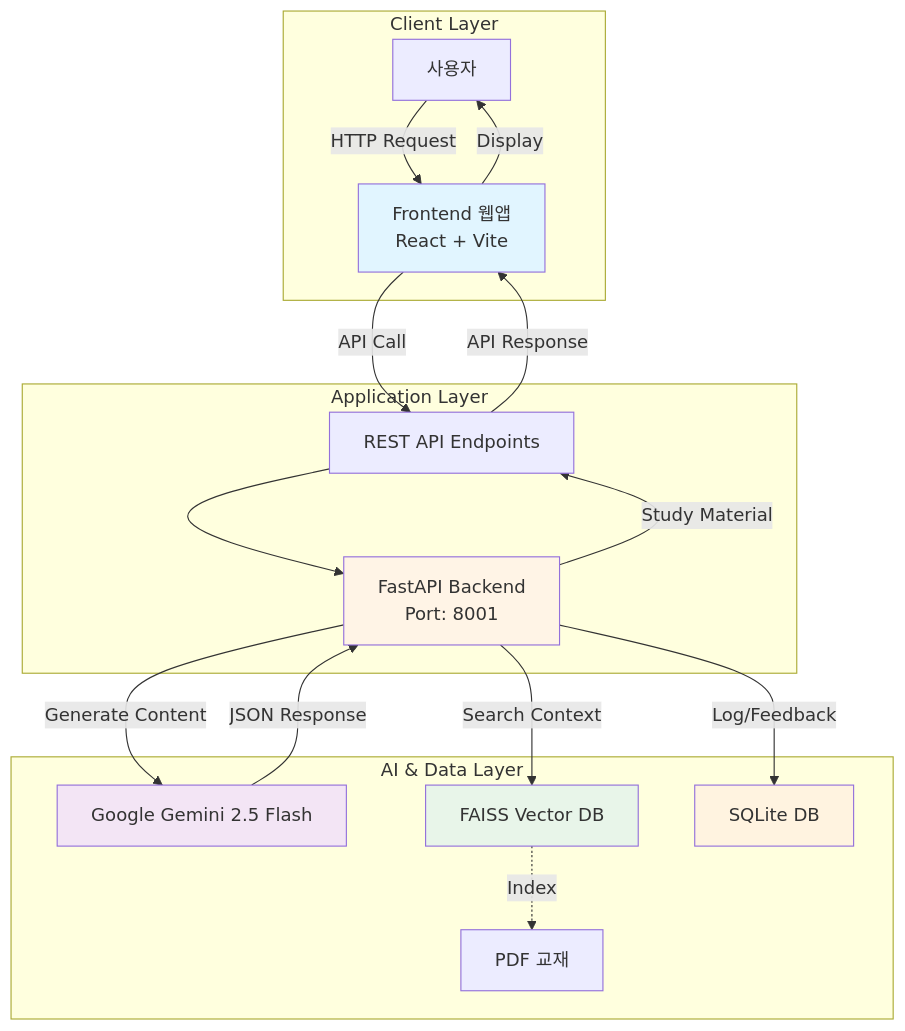
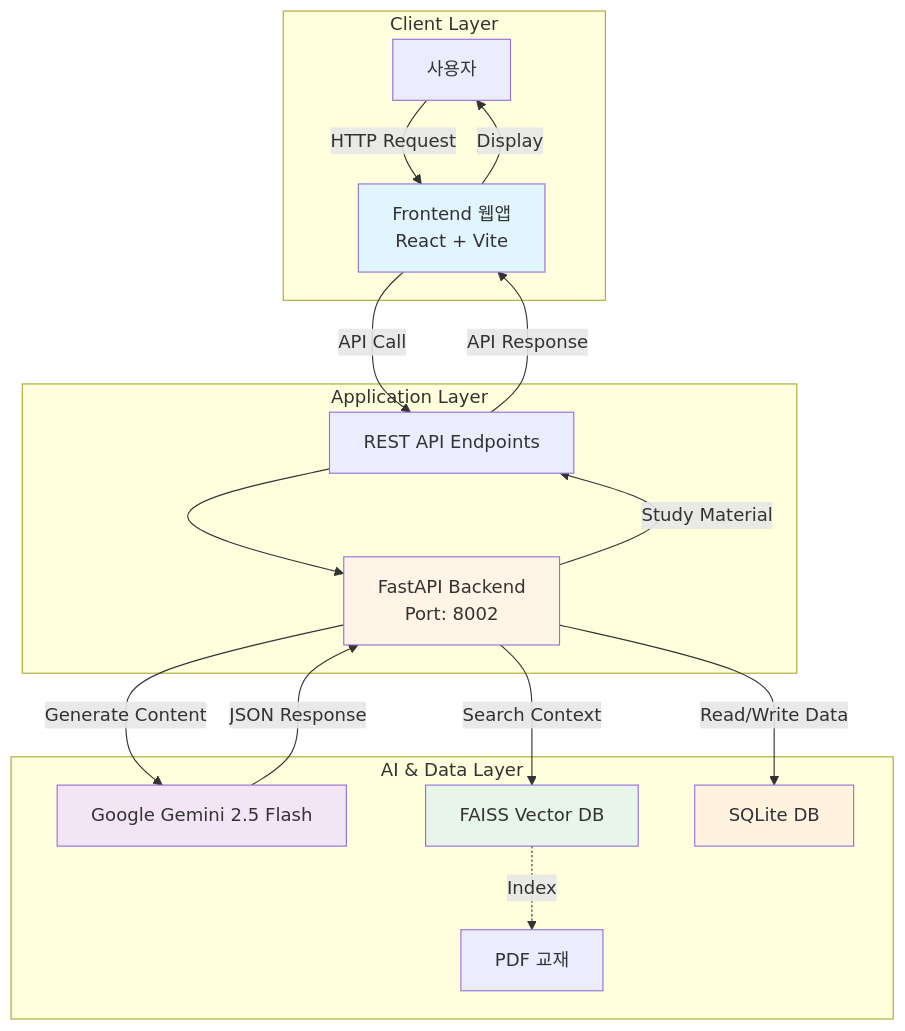
Before and after one commit to I-nkamanda/poppins: the first of 3 diagrams in plans/pop_pins_ii_architecture.md, drawn with Mermaid. The commit also changed other lines of this file and 40 other files, not shown here.

````diff
--- a/plans/pop_pins_ii_architecture.md
+++ b/plans/pop_pins_ii_architecture.md
@@ -22,37 +22,37 @@
 ```mermaid
 graph TB
     subgraph "Client Layer"
         A[사용자]
         B[Frontend 웹앱<br/>React + Vite]
     end
     
     subgraph "Application Layer"
-        C[FastAPI Backend<br/>Port: 8001]
+        C[FastAPI Backend<br/>Port: 8002]
         D[REST API Endpoints]
     end
     
     subgraph "AI & Data Layer"
         E[Google Gemini 2.5 Flash]
         F[FAISS Vector DB]
         G[PDF 교재]
         H[SQLite DB]
     end
     
     A -->|HTTP Request| B
     B -->|API Call| D
     D --> C
     C -->|Generate Content| E
     C -->|Search Context| F
-    C -->|Log/Feedback| H
+    C -->|Read/Write Data| H
     F -.->|Index| G
     E -->|JSON Response| C
     C -->|Study Material| D
     D -->|API Response| B
     B -->|Display| A
     
     style B fill:#e1f5ff
     style C fill:#fff4e6
     style E fill:#f3e5f5
     style F fill:#e8f5e9
     style H fill:#fff3e0
 ```
````
